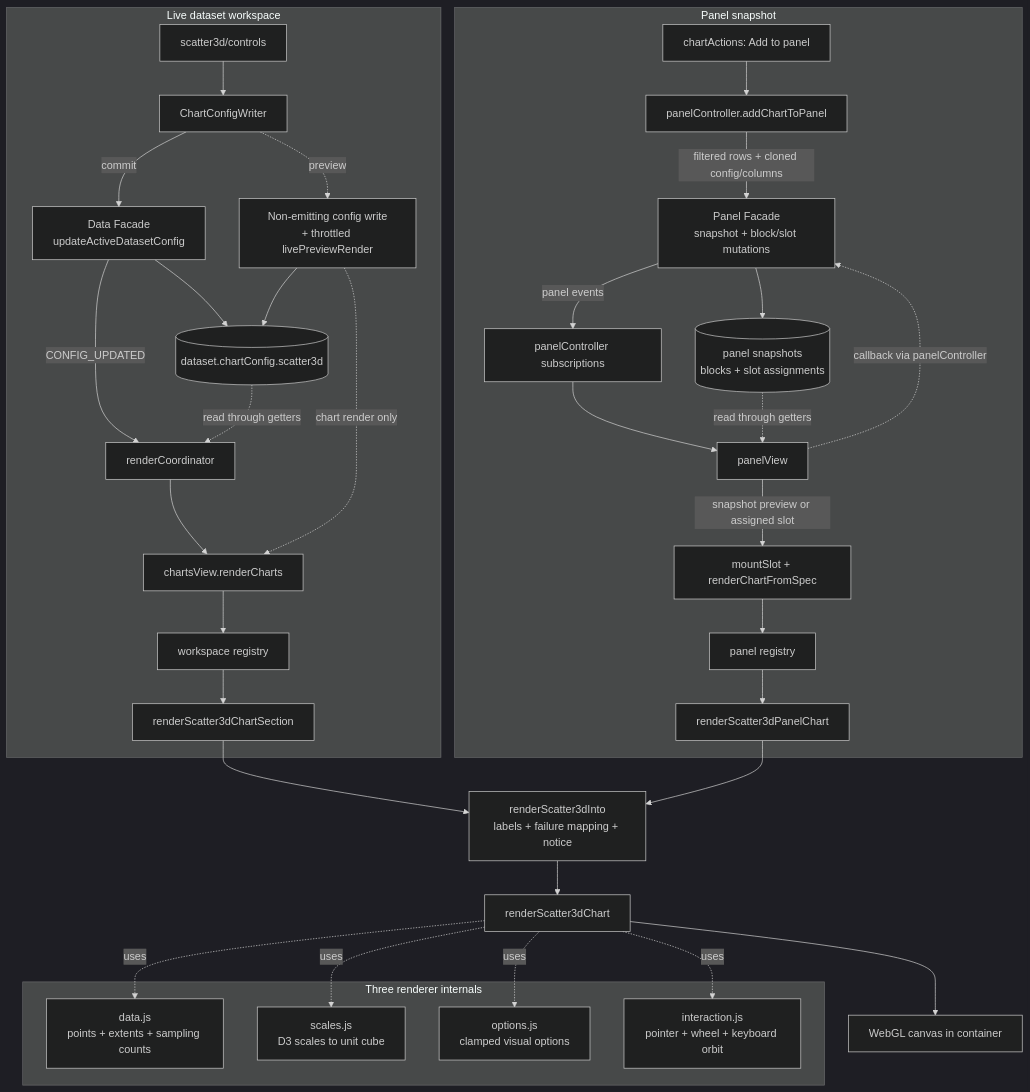
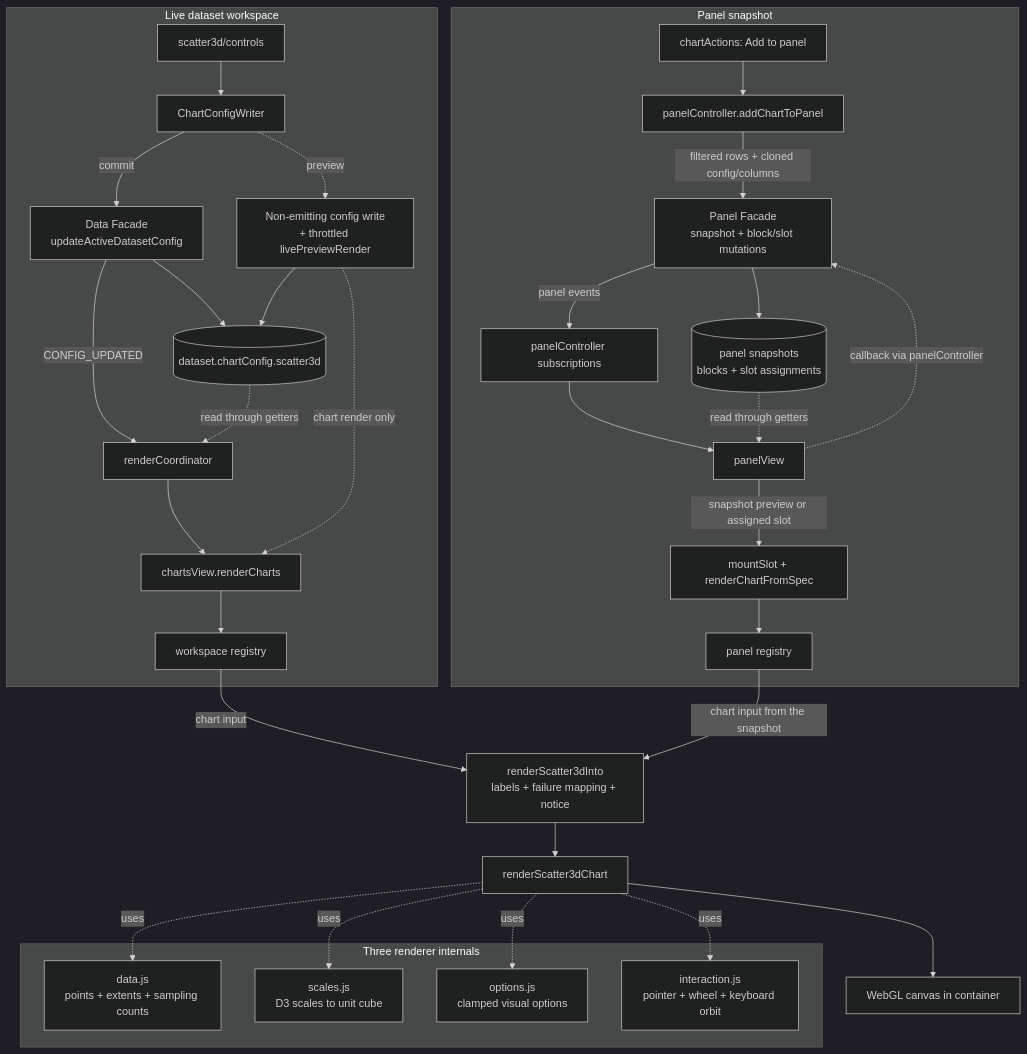
Before and after one commit to GabrielInada/CHIVE: the diagram in docs/development/charts/scatter3d.md, drawn with Mermaid (dark theme). The commit also changed other lines of this file and 73 other files, not shown here.

````diff
--- a/docs/development/charts/scatter3d.md
+++ b/docs/development/charts/scatter3d.md
@@ -42,46 +42,44 @@
 ```mermaid
 flowchart TB
     subgraph LIVE["Live dataset workspace"]
         CONTROLS["scatter3d/controls"] --> WRITER["ChartConfigWriter"]
         WRITER -- commit --> DFACADE["Data Facade<br/>updateActiveDatasetConfig"]
         DFACADE --> DSTATE[("dataset.chartConfig.scatter3d")]
         DFACADE -- CONFIG_UPDATED --> COORD["renderCoordinator"]
         DSTATE -. read through getters .-> COORD
         WRITER -. preview .-> PREVIEW["Non-emitting config write<br/>+ throttled livePreviewRender"]
         PREVIEW --> DSTATE
         COORD --> CHARTSVIEW["chartsView.renderCharts"]
         PREVIEW -. chart render only .-> CHARTSVIEW
         CHARTSVIEW --> WREG["workspace registry"]
-        WREG --> WSECTION["renderScatter3dChartSection"]
     end
 
     subgraph SAVED["Panel snapshot"]
         ACTION["chartActions: Add to panel"] --> PCAPTURE["panelController.addChartToPanel"]
         PCAPTURE -- filtered rows + cloned config/columns --> PFACADE["Panel Facade<br/>snapshot + block/slot mutations"]
         PFACADE --> PSTATE[("panel snapshots<br/>blocks + slot assignments")]
         PFACADE -- panel events --> PSUB["panelController subscriptions"]
         PSUB --> PVIEW["panelView"]
         PSTATE -. read through getters .-> PVIEW
         PVIEW -. callback via panelController .-> PFACADE
         PVIEW -- snapshot preview or assigned slot --> MOUNT["mountSlot + renderChartFromSpec"]
         MOUNT --> PREG["panel registry"]
-        PREG --> ADAPTER["renderScatter3dPanelChart"]
     end
 
-    WSECTION --> PRESENT["renderScatter3dInto<br/>labels + failure mapping + notice"]
-    ADAPTER --> PRESENT
+    WREG -- chart input --> PRESENT["renderScatter3dInto<br/>labels + failure mapping + notice"]
+    PREG -- chart input from the snapshot --> PRESENT
     PRESENT --> RENDERER["renderScatter3dChart"]
 
     subgraph INTERNALS["Three renderer internals"]
         DATA["data.js<br/>points + extents + sampling counts"]
         SCALES["scales.js<br/>D3 scales to unit cube"]
         OPTIONS["options.js<br/>clamped visual options"]
         INTERACTION["interaction.js<br/>pointer + wheel + keyboard orbit"]
     end
 
     RENDERER -. uses .-> DATA
     RENDERER -. uses .-> SCALES
     RENDERER -. uses .-> OPTIONS
     RENDERER -. uses .-> INTERACTION
     RENDERER --> OUTPUT["WebGL canvas in container"]
 ```
````
